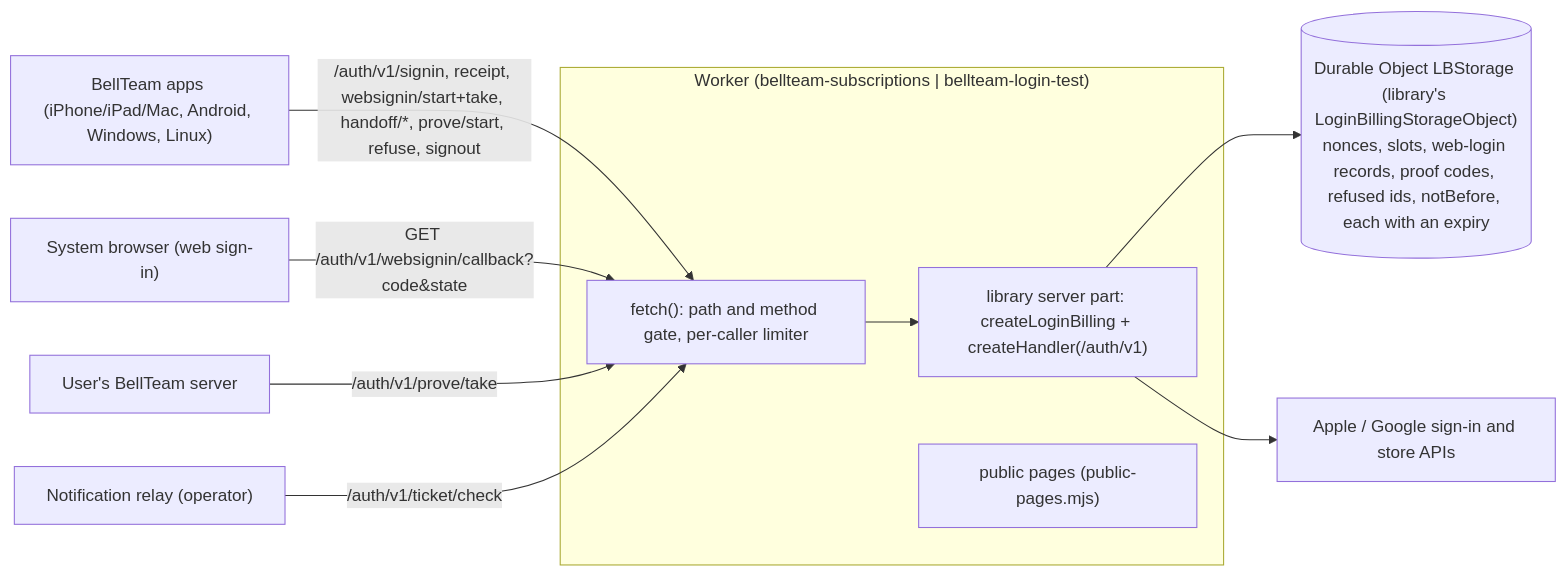
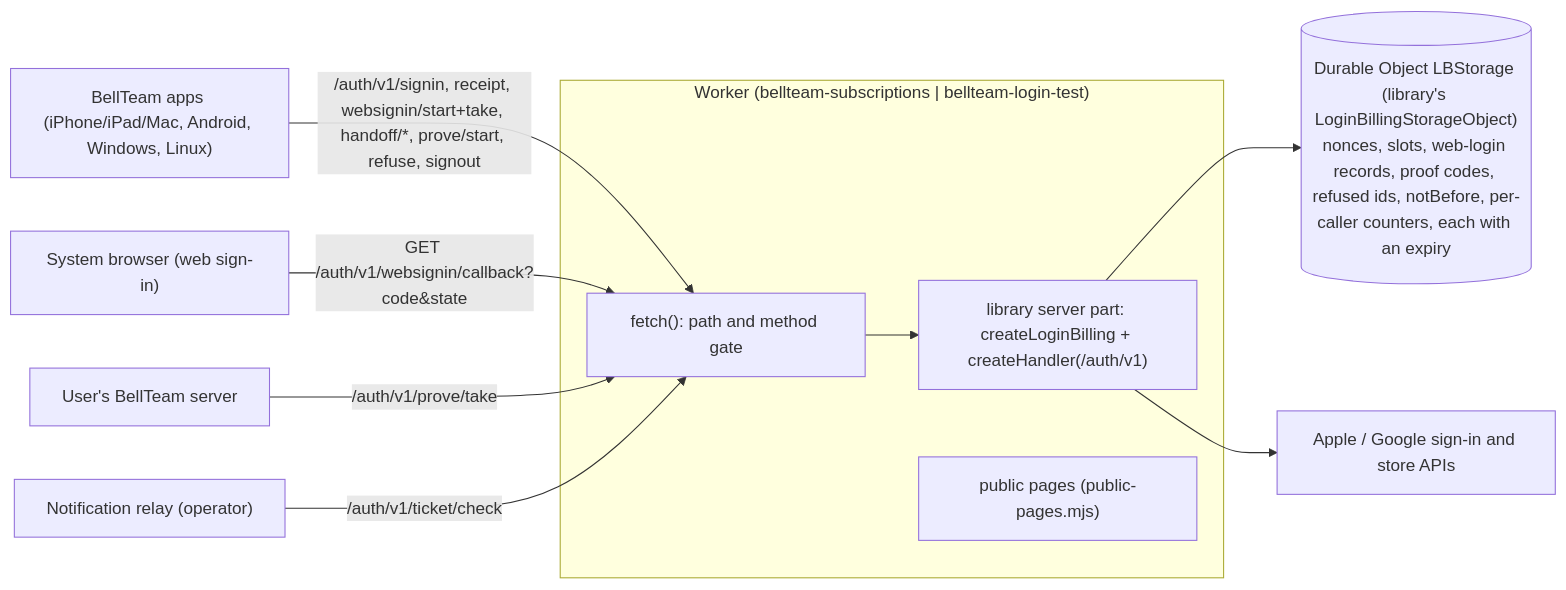
The diagram in services/subscriptions/README.md (kitepon/BellTeam), drawn with Mermaid before and after one commit. The commit also changed other lines of this file and 8 other files, not shown here.

First line of the commit message:
a485: login-billing 0.10.1 (limiter in the library's storage object); the Worker's own limiter removed

````diff
--- a/services/subscriptions/README.md
+++ b/services/subscriptions/README.md
@@ -8,20 +8,20 @@
 ```mermaid
 flowchart LR
   App["BellTeam apps (iPhone/iPad/Mac, Android, Windows, Linux)"]
   Browser["System browser (web sign-in)"]
   Srv["User's BellTeam server"]
   Relay["Notification relay (operator)"]
   subgraph W["Worker (bellteam-subscriptions | bellteam-login-test)"]
-    Front["fetch(): path and method gate, per-caller limiter"]
+    Front["fetch(): path and method gate"]
     Lib["library server part: createLoginBilling + createHandler(/auth/v1)"]
     Pages["public pages (public-pages.mjs)"]
   end
-  Store[("Durable Object LBStorage (library's LoginBillingStorageObject)<br/>nonces, slots, web-login records, proof codes, refused ids, notBefore, each with an expiry")]
+  Store[("Durable Object LBStorage (library's LoginBillingStorageObject)<br/>nonces, slots, web-login records, proof codes, refused ids, notBefore, per-caller counters, each with an expiry")]
   Providers["Apple / Google sign-in and store APIs"]
   App -->|"/auth/v1/signin, receipt, websignin/start+take, handoff/*, prove/start, refuse, signout"| Front
   Browser -->|"GET /auth/v1/websignin/callback?code&state"| Front
   Srv -->|"/auth/v1/prove/take"| Front
   Relay -->|"/auth/v1/ticket/check"| Front
   Front --> Lib --> Store
   Lib --> Providers
 ```
````
